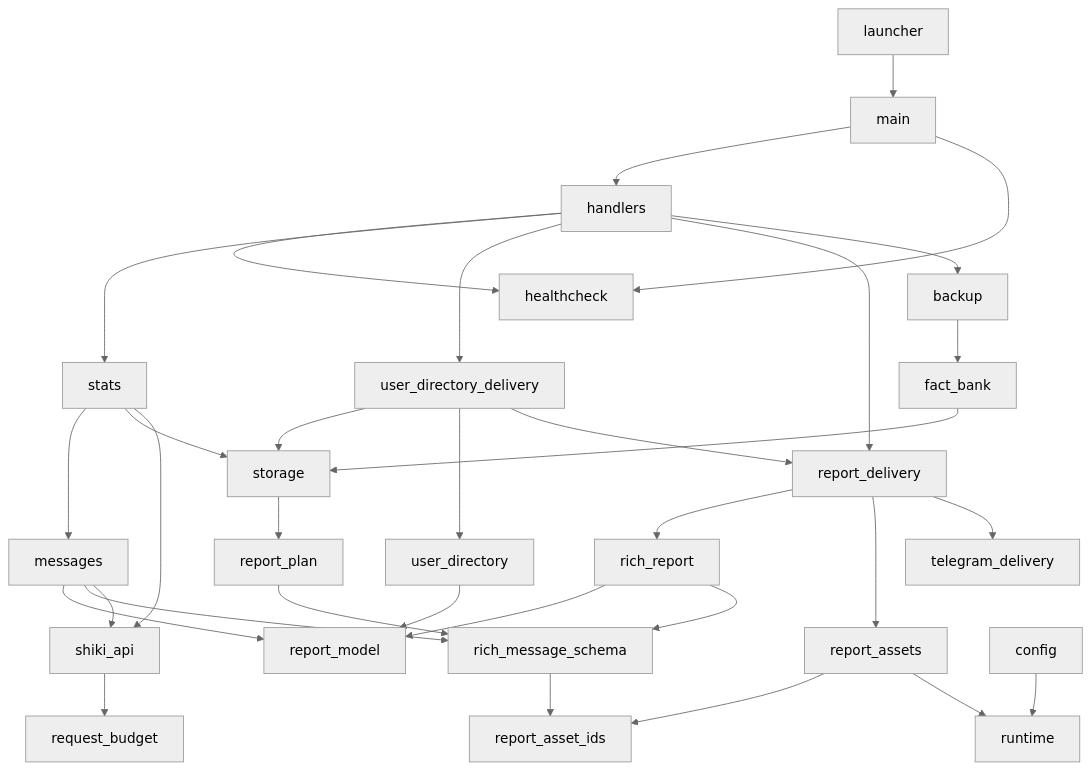
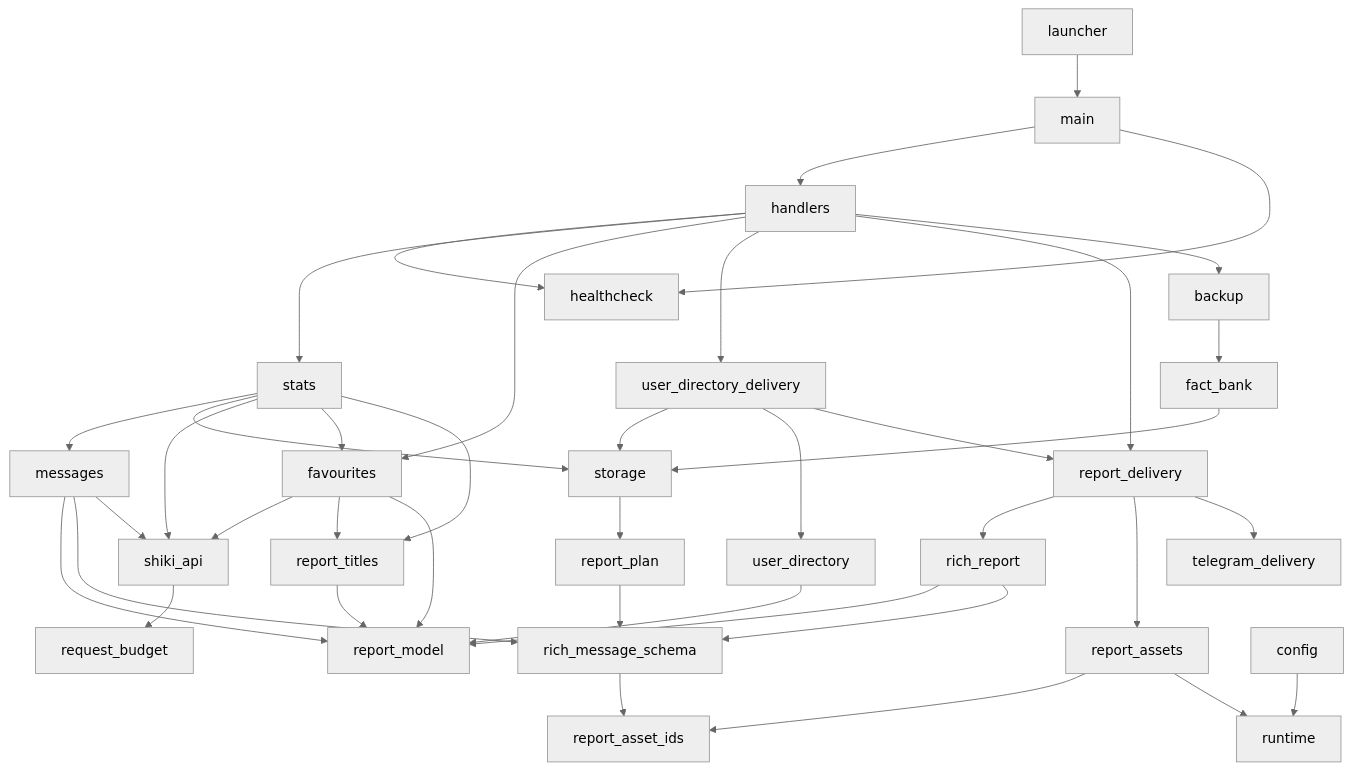
The diagram in ARCHITECTURE.md (WorgaNomoR/ShikiUpdatesBot), drawn with Mermaid (neutral theme) before and after one commit. The commit also changed other lines of this file and 9 other files, not shown here.

````diff
--- a/ARCHITECTURE.md
+++ b/ARCHITECTURE.md
@@ -50,35 +52,42 @@
 ```mermaid
 graph TD
     launcher --> main
     main --> handlers
     main --> healthcheck
     handlers --> healthcheck
     handlers --> stats
+    handlers --> favourites
     handlers --> user_directory_delivery
     handlers --> report_delivery
     handlers --> backup
     stats --> messages
     stats --> storage
     stats --> shiki_api
+    stats --> favourites
+    stats --> report_titles
+    favourites --> shiki_api
+    favourites --> report_titles
+    favourites --> report_model
+    report_titles --> report_model
     messages --> report_model
     messages --> rich_message_schema
     messages --> shiki_api
     user_directory_delivery --> storage
     user_directory_delivery --> user_directory
     user_directory_delivery --> report_delivery
     user_directory --> report_model
     backup --> fact_bank
     fact_bank --> storage
     storage --> report_plan
     report_plan --> rich_message_schema
     report_delivery --> rich_report
     report_delivery --> report_assets
     report_delivery --> telegram_delivery
     rich_report --> report_model
     rich_report --> rich_message_schema
     rich_message_schema --> report_asset_ids
     report_assets --> report_asset_ids
     report_assets --> runtime
     shiki_api --> request_budget
     config --> runtime
 ```
````
